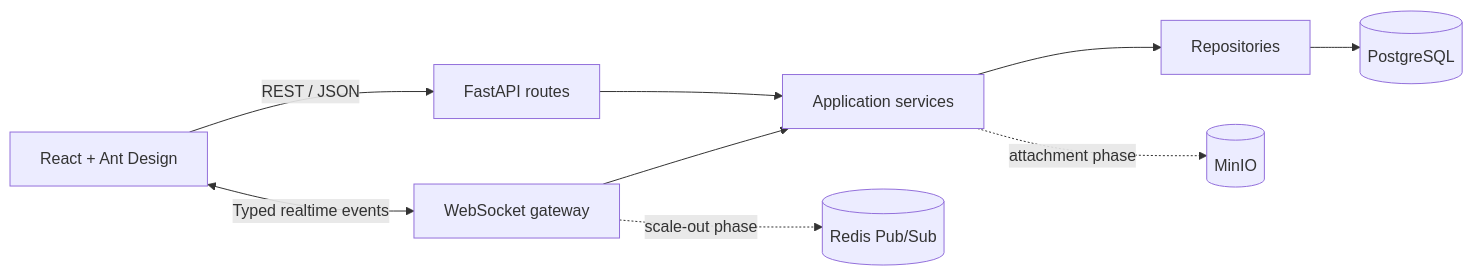
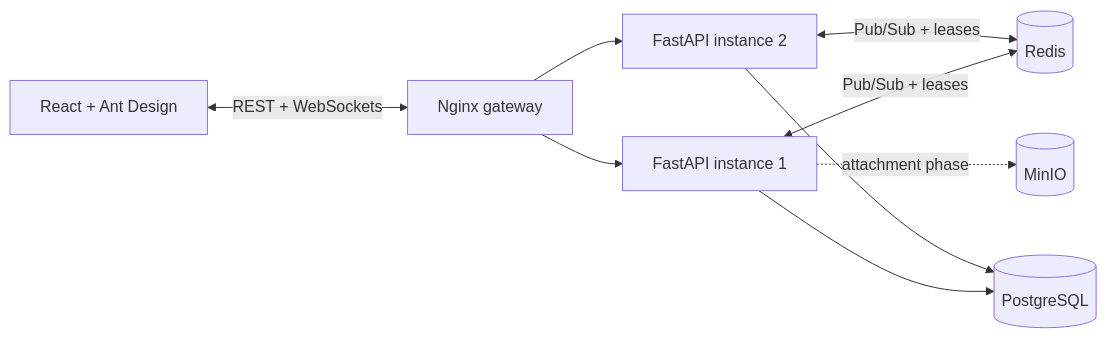
Before and after one commit to Singatha/chatterbox: the diagram in README.md, drawn with Mermaid. The commit also changed other lines of this file and 15 other files, not shown here.

First line of the commit message:
Merge pull request #4 from Singatha/feat/redis-realtime-scaling

````diff
--- a/README.md
+++ b/README.md
@@ -39,11 +42,11 @@
 ```mermaid
 flowchart LR
-    Browser[React + Ant Design] -->|REST / JSON| API[FastAPI routes]
-    API --> Services[Application services]
-    Services --> Repos[Repositories]
-    Repos --> DB[(PostgreSQL)]
-    Browser <-->|Typed realtime events| WS[WebSocket gateway]
-    WS --> Services
-    WS -. scale-out phase .-> Redis[(Redis Pub/Sub)]
-    Services -. attachment phase .-> MinIO[(MinIO)]
+    Browser[React + Ant Design] <-->|REST + WebSockets| Gateway[Nginx gateway]
+    Gateway --> API1[FastAPI instance 1]
+    Gateway --> API2[FastAPI instance 2]
+    API1 <-->|Pub/Sub + leases| Redis[(Redis)]
+    API2 <-->|Pub/Sub + leases| Redis
+    API1 --> DB[(PostgreSQL)]
+    API2 --> DB
+    API1 -. attachment phase .-> MinIO[(MinIO)]
 ```
````
